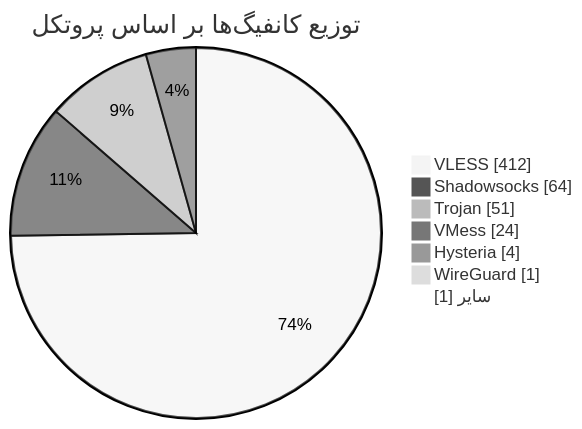
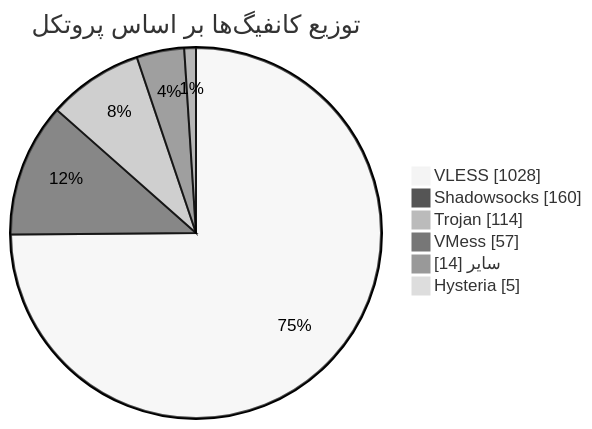
Before and after one commit to Arian-Alijani/Somthing: the diagram in README.md, drawn with Mermaid (neutral theme). The commit also changed other lines of this file and 109 other files, not shown here.

````diff
--- a/README.md
+++ b/README.md
@@ -49,11 +48,10 @@
 ```mermaid
 pie showData
     title توزیع کانفیگ‌ها بر اساس پروتکل
-    "VLESS" : 412
-    "Shadowsocks" : 64
-    "Trojan" : 51
-    "VMess" : 24
-    "Hysteria" : 4
-    "WireGuard" : 1
-    "سایر" : 1
+    "VLESS" : 1028
+    "Shadowsocks" : 160
+    "Trojan" : 114
+    "VMess" : 57
+    "سایر" : 14
+    "Hysteria" : 5
 ```
````
